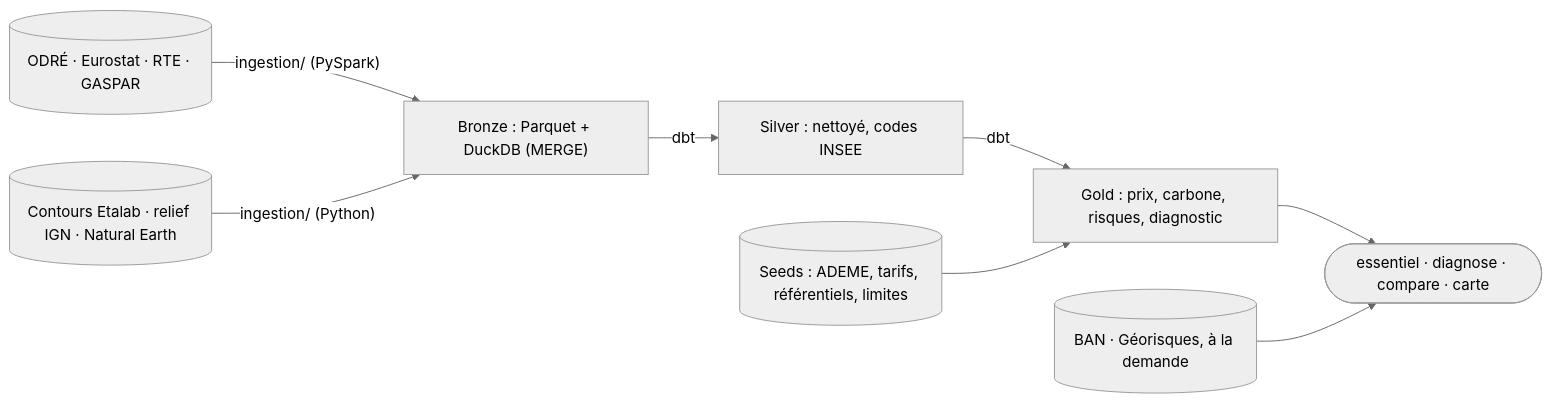
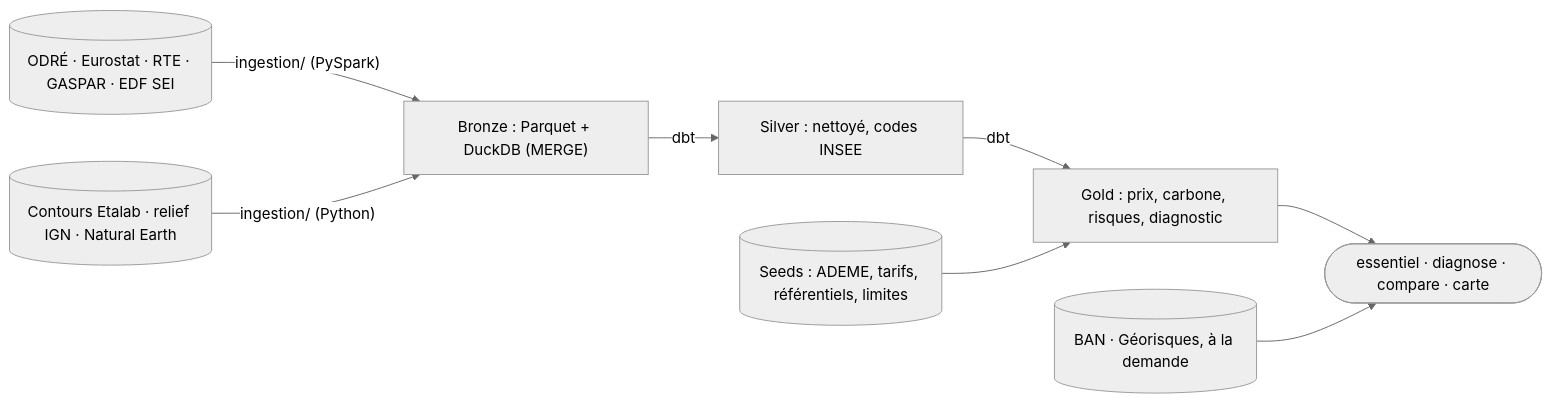
Before and after one commit to Elias-Ouafi/ou-brancher-mon-entreprise: the diagram in README.md, drawn with Mermaid (neutral theme). The commit also changed other lines of this file and 14 other files, not shown here.

First line of the commit message:
Carbone heure par heure en Corse et outre-mer (EDF SEI)

````diff
--- a/README.md
+++ b/README.md
@@ -93,10 +93,10 @@
 ```mermaid
 flowchart LR
-    SRC[("ODRÉ · Eurostat · RTE · GASPAR")] -->|"ingestion/ (PySpark)"| B["Bronze : Parquet + DuckDB (MERGE)"]
+    SRC[("ODRÉ · Eurostat · RTE · GASPAR · EDF SEI")] -->|"ingestion/ (PySpark)"| B["Bronze : Parquet + DuckDB (MERGE)"]
     B -->|dbt| S["Silver : nettoyé, codes INSEE"]
     S -->|dbt| G["Gold : prix, carbone, risques, diagnostic"]
     SEEDS[("Seeds : ADEME, tarifs, référentiels, limites")] --> G
     GEO[("Contours Etalab · relief IGN · Natural Earth")] -->|"ingestion/ (Python)"| B
     G --> CLI(["essentiel · diagnose · compare · carte"])
     BAN[("BAN · Géorisques, à la demande")] --> CLI
 ```
````
